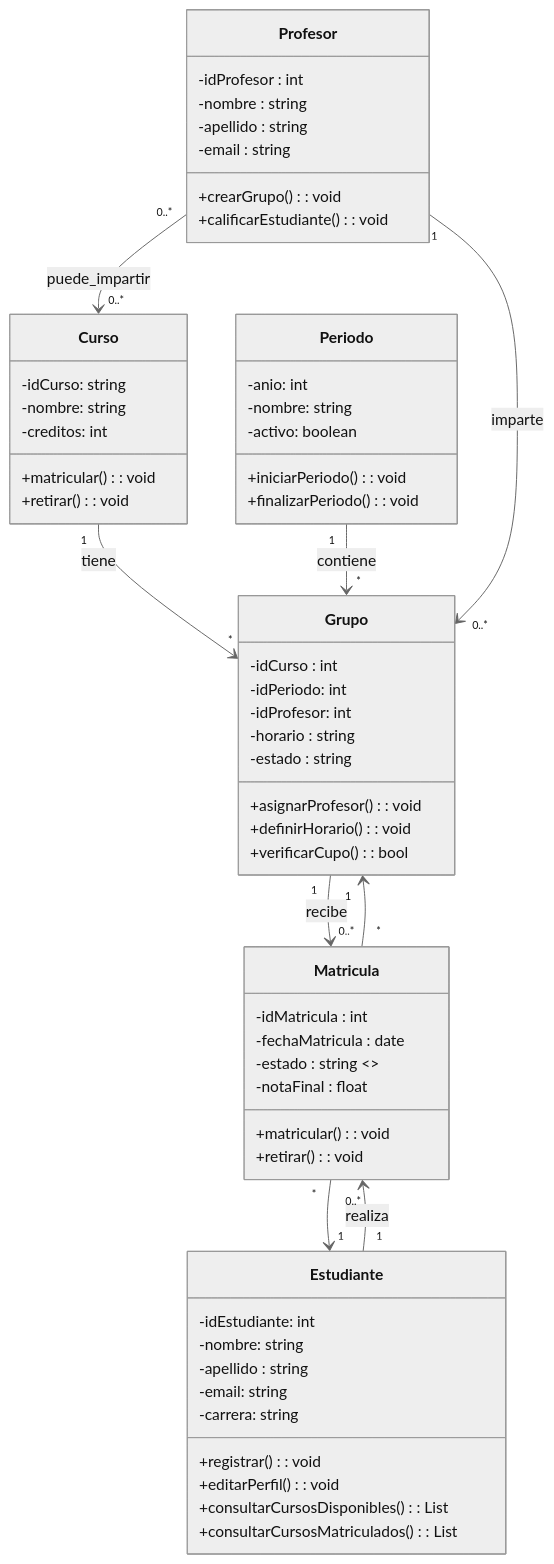
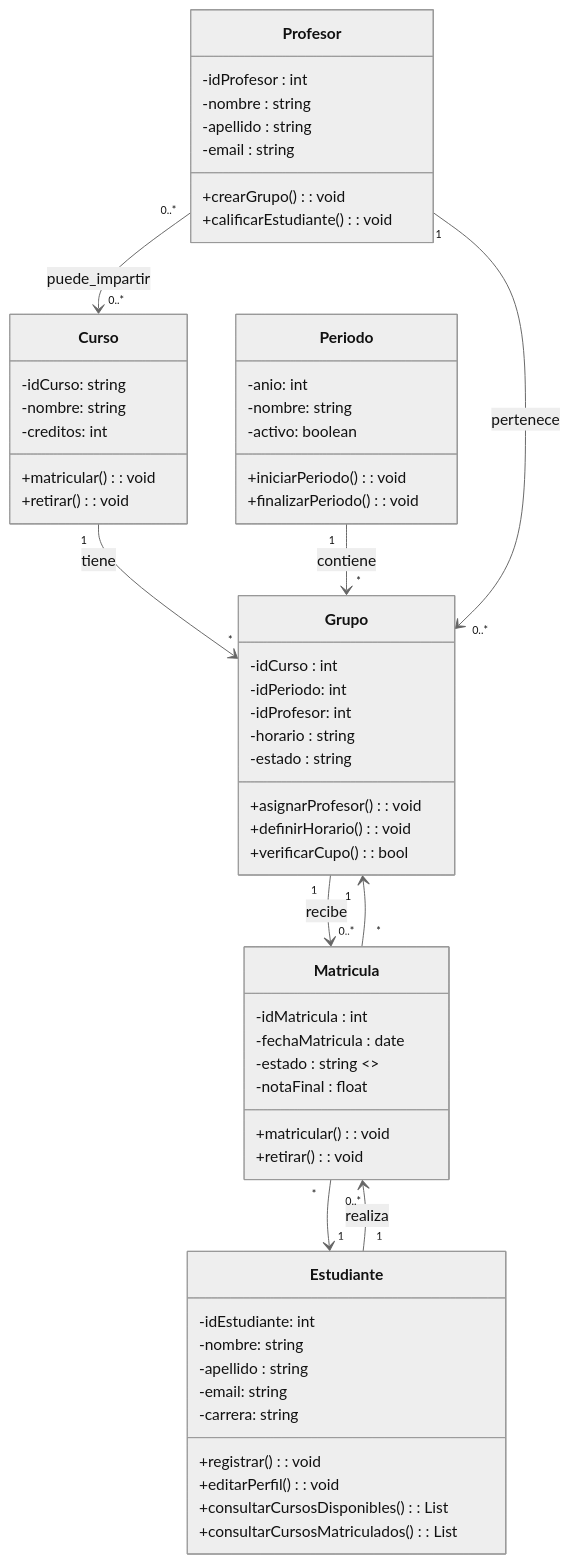
One commit to TOACR/II-51-Laboratorios changed the diagram in Lab01/Diagrama de clase.mmd. Above: the diagram before and after it, drawn with Mermaid (neutral theme). The commit also changed 1 other file, not shown here.

```diff
--- a/Lab01/Diagrama de clase.mmd
+++ b/Lab01/Diagrama de clase.mmd
@@ -1,67 +1,67 @@
 classDiagram
     class Profesor {
         -idProfesor : int
         -nombre : string
         -apellido : string
         -email : string
         +crearGrupo() : void
         +calificarEstudiante(): void
     }
 
     class Estudiante {
         -idEstudiante: int
         -nombre: string
         -apellido : string
         -email: string
         -carrera: string
         +registrar(): void
         +editarPerfil(): void
         +consultarCursosDisponibles(): List<Curso>
         +consultarCursosMatriculados(): List<Curso>
     }
  
     class Curso {
         -idCurso: string
         -nombre: string
         -creditos: int
         +matricular(): void
         +retirar(): void
     }
 
     class Periodo {
         -anio: int
         -nombre: string
         -activo: boolean
         +iniciarPeriodo(): void
         +finalizarPeriodo(): void
     }
 
     class Grupo {
         -idCurso : int
         -idPeriodo: int
         -idProfesor: int
         -horario : string
         -estado : string
         +asignarProfesor() : void
         +definirHorario(): void
         +verificarCupo() : bool
     }
 
     class Matricula {
       -idMatricula : int
       -fechaMatricula : date
       -estado : string  <<ej: "Matriculado","Retirado">>
       -notaFinal : float
       +matricular() : void
       +retirar() : void
     }
     
     %% Relaciones simplificadas con cardinalidades
     Curso "1" --> "*" Grupo : tiene
     Periodo "1" --> "*" Grupo : contiene
-    Profesor "1" --> "0..*" Grupo : imparte
+    Profesor "1" --> "0..*" Grupo : pertenece
     Estudiante "1" --> "0..*" Matricula : realiza
     Grupo "1" --> "0..*" Matricula : recibe
     Matricula "*" --> "1" Estudiante
     Matricula "*" --> "1" Grupo
     Profesor "0..*" --> "0..*" Curso : puede_impartir
```
